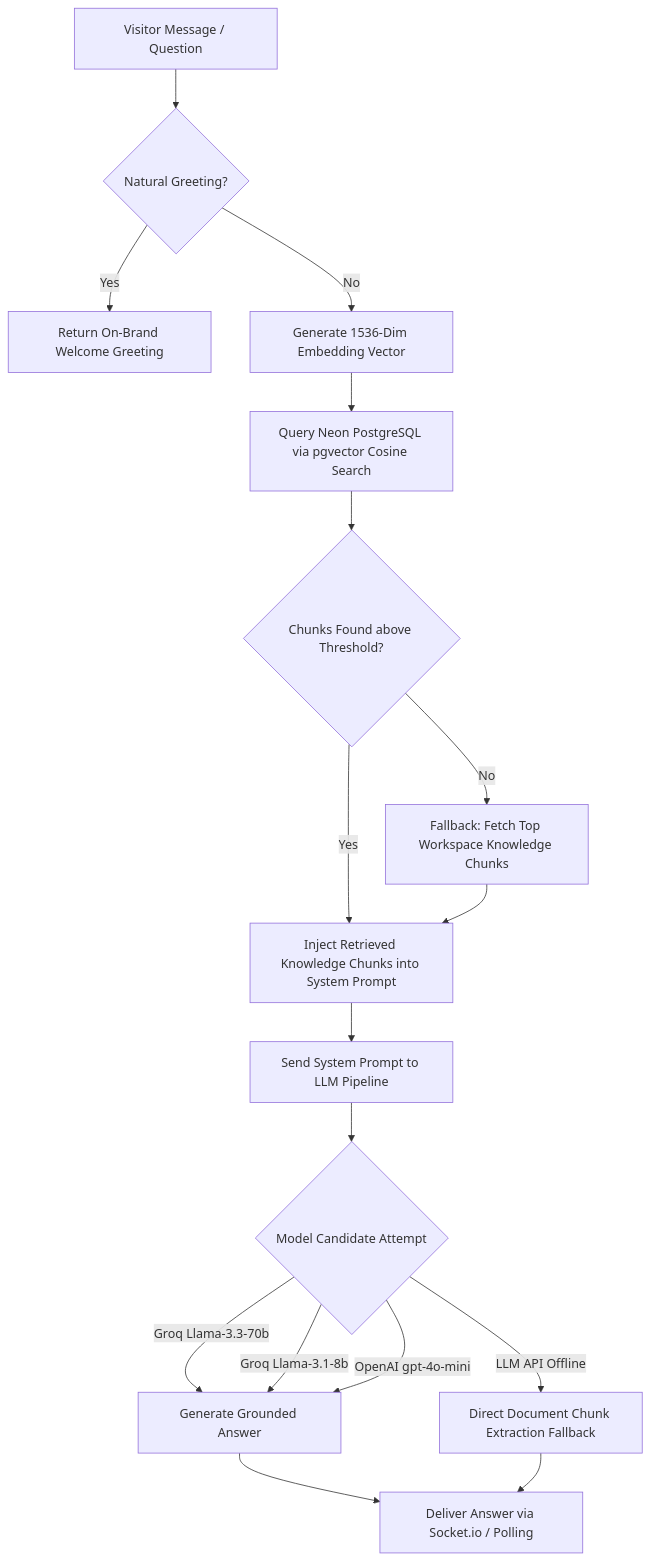
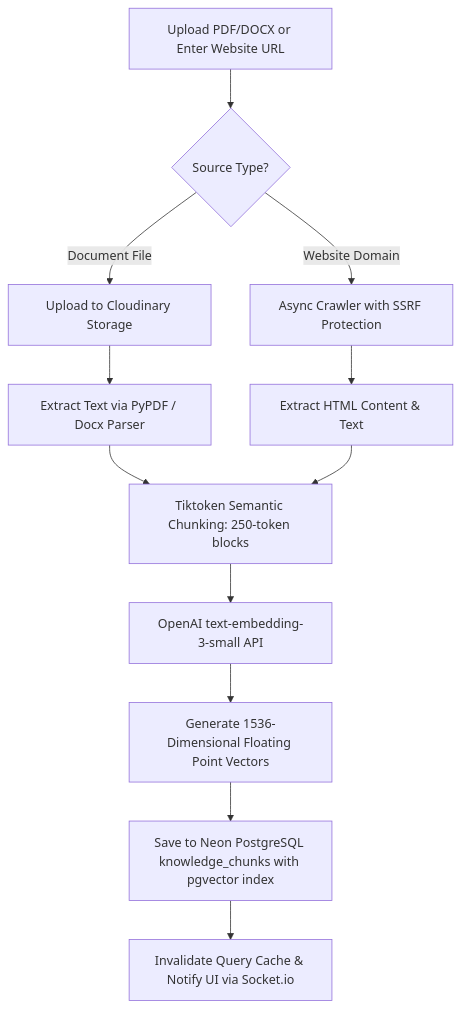
The second of 2 diagrams in PROJECT_STATUS.md (mohd-ashif/AI-Support-Platform), drawn with Mermaid before and after one commit. The commit also changed other lines of this file and 9 other files, not shown here.

Commit message:
feat: implement overview dashboard metrics, add legacy route redirects, and update system architecture documentation

````diff
--- a/PROJECT_STATUS.md
+++ b/PROJECT_STATUS.md
@@ -62,19 +140,14 @@
 ```mermaid
 flowchart TD
-    A[Visitor Message / Question] --> B{Natural Greeting?}
-    B -- Yes --> C[Return On-Brand Welcome Greeting]
-    B -- No --> D[Generate 1536-Dim Embedding Vector]
-    D --> E[Query Neon PostgreSQL via pgvector Cosine Search]
-    E --> F{Chunks Found above Threshold?}
-    F -- Yes --> G[Inject Retrieved Knowledge Chunks into System Prompt]
-    F -- No --> H[Fallback: Fetch Top Workspace Knowledge Chunks]
-    H --> G
-    G --> I[Send System Prompt to LLM Pipeline]
-    I --> J{Model Candidate Attempt}
-    J -- Groq Llama-3.3-70b --> K[Generate Grounded Answer]
-    J -- Groq Llama-3.1-8b --> K
-    J -- OpenAI gpt-4o-mini --> K
-    J -- LLM API Offline --> L[Direct Document Chunk Extraction Fallback]
-    K --> M[Deliver Answer via Socket.io / Polling]
-    L --> M
+    A[Upload PDF/DOCX or Enter Website URL] --> B{Source Type?}
+    B -- Document File --> C[Upload to Cloudinary Storage]
+    C --> D[Extract Text via PyPDF / Docx Parser]
+    B -- Website Domain --> E[Async Crawler with SSRF Protection]
+    E --> F[Extract HTML Content & Text]
+    D --> G[Tiktoken Semantic Chunking: 250-token blocks]
+    F --> G
+    G --> H[OpenAI text-embedding-3-small API]
+    H --> I[Generate 1536-Dimensional Floating Point Vectors]
+    I --> J[Save to Neon PostgreSQL knowledge_chunks with pgvector index]
+    J --> K[Invalidate Query Cache & Notify UI via Socket.io]
 ```
````
